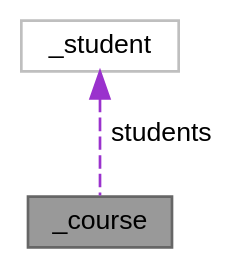
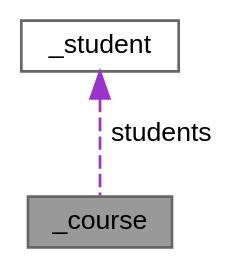
One commit to gjohal78/CS1XC3_L09 changed the diagram in documentation/docs/struct__course__coll__graph.dot. Above: the diagram before and after it, drawn with Graphviz. The commit also changed 25 other files, not shown here.

```diff
--- a/documentation/docs/struct__course__coll__graph.dot
+++ b/documentation/docs/struct__course__coll__graph.dot
@@ -1,10 +1,10 @@
 digraph "_course"
 {
  // LATEX_PDF_SIZE
   bgcolor="transparent";
   edge [fontname=Helvetica,fontsize=10,labelfontname=Helvetica,labelfontsize=10];
   node [fontname=Helvetica,fontsize=10,shape=box,height=0.2,width=0.4];
-  Node1 [label="_course",height=0.2,width=0.4,color="gray40", fillcolor="grey60", style="filled", fontcolor="black",tooltip=" "];
+  Node1 [label="_course",height=0.2,width=0.4,color="gray40", fillcolor="grey60", style="filled", fontcolor="black",tooltip="The Course struct represents a course with a name, code, and a list of students."];
   Node2 -> Node1 [dir="back",color="darkorchid3",style="dashed",label=" students" ];
-  Node2 [label="_student",height=0.2,width=0.4,color="grey75", fillcolor="white", style="filled",URL="$struct__student.html",tooltip=" "];
+  Node2 [label="_student",height=0.2,width=0.4,color="gray40", fillcolor="white", style="filled",URL="$struct__student.html",tooltip="The Student struct represents a student, containing their first and last name, ID,..."];
 }
```
